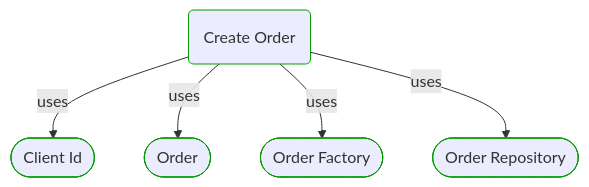
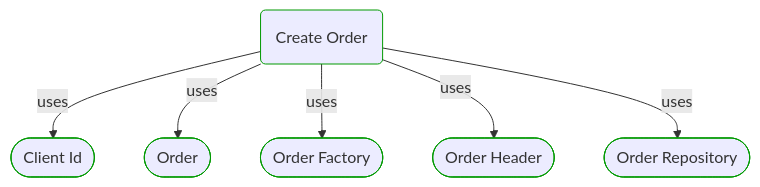
Before and after one commit to itlibrium/DDD-starter-dotnet: the second of 4 diagrams in Docs/P3/MermaidOutput/Domain/Modules/Sales/WholesaleOrdering/OrderCreation/CreateOrder.md, drawn with Mermaid. The commit also changed other lines of this file and 68 other files, not shown here.

````diff
--- a/Docs/P3/MermaidOutput/Domain/Modules/Sales/WholesaleOrdering/OrderCreation/CreateOrder.md
+++ b/Docs/P3/MermaidOutput/Domain/Modules/Sales/WholesaleOrdering/OrderCreation/CreateOrder.md
@@ -35,20 +35,23 @@
 ```mermaid
   flowchart TB
     0(Create Order)
     class 0 DomainPerspective
     1([Client Id])
     class 1 DomainPerspective
     0-->|uses|1
     2([Order])
     class 2 DomainPerspective
     0-->|uses|2
     3([Order Factory])
     class 3 DomainPerspective
     0-->|uses|3
-    4([Order Repository])
+    4([Order Header])
     class 4 DomainPerspective
     0-->|uses|4
+    5([Order Repository])
+    class 5 DomainPerspective
+    0-->|uses|5
     classDef DomainPerspective stroke:#009900
     classDef TechnologyPerspective stroke:#1F41EB
     classDef PeoplePerspective stroke:#FFF014
 ```
````
